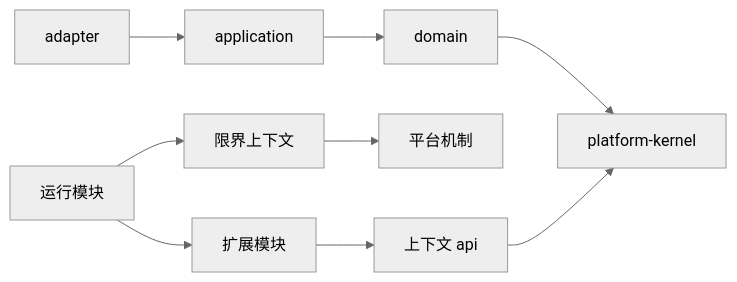
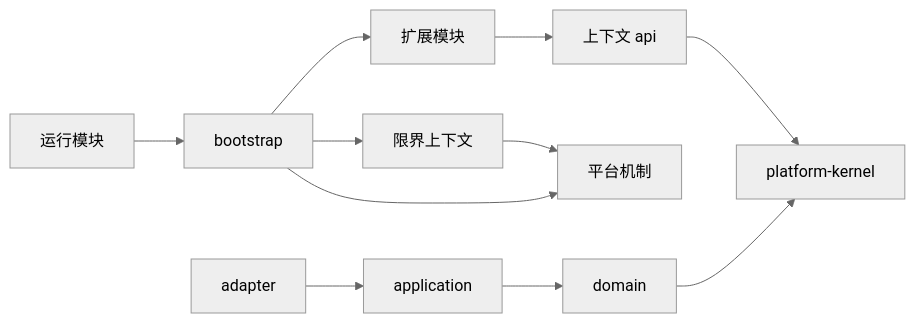
The diagram in docs/architecture/foundation-repository-layout.md (liming-cloud/ai-platform), drawn with Mermaid (neutral theme) before and after one commit. The commit also changed other lines of this file and 11 other files, not shown here.

````diff
--- a/docs/architecture/foundation-repository-layout.md
+++ b/docs/architecture/foundation-repository-layout.md
@@ -579,11 +634,13 @@
 ```mermaid
 flowchart LR
-    运行入口["运行模块"] --> 扩展["扩展模块"]
-    运行入口 --> 上下文["限界上下文"]
+    运行入口["运行模块"] --> 装配["bootstrap"]
+    装配 --> 扩展["扩展模块"]
+    装配 --> 上下文["限界上下文"]
+    装配 --> 平台["平台机制"]
     扩展 --> 公开接口["上下文 api"]
     上下文 --> 平台["平台机制"]
     上下文内部["adapter"] --> 应用["application"]
     应用 --> 领域["domain"]
     领域 --> 内核["platform-kernel"]
     公开接口 --> 内核
 ```
````
